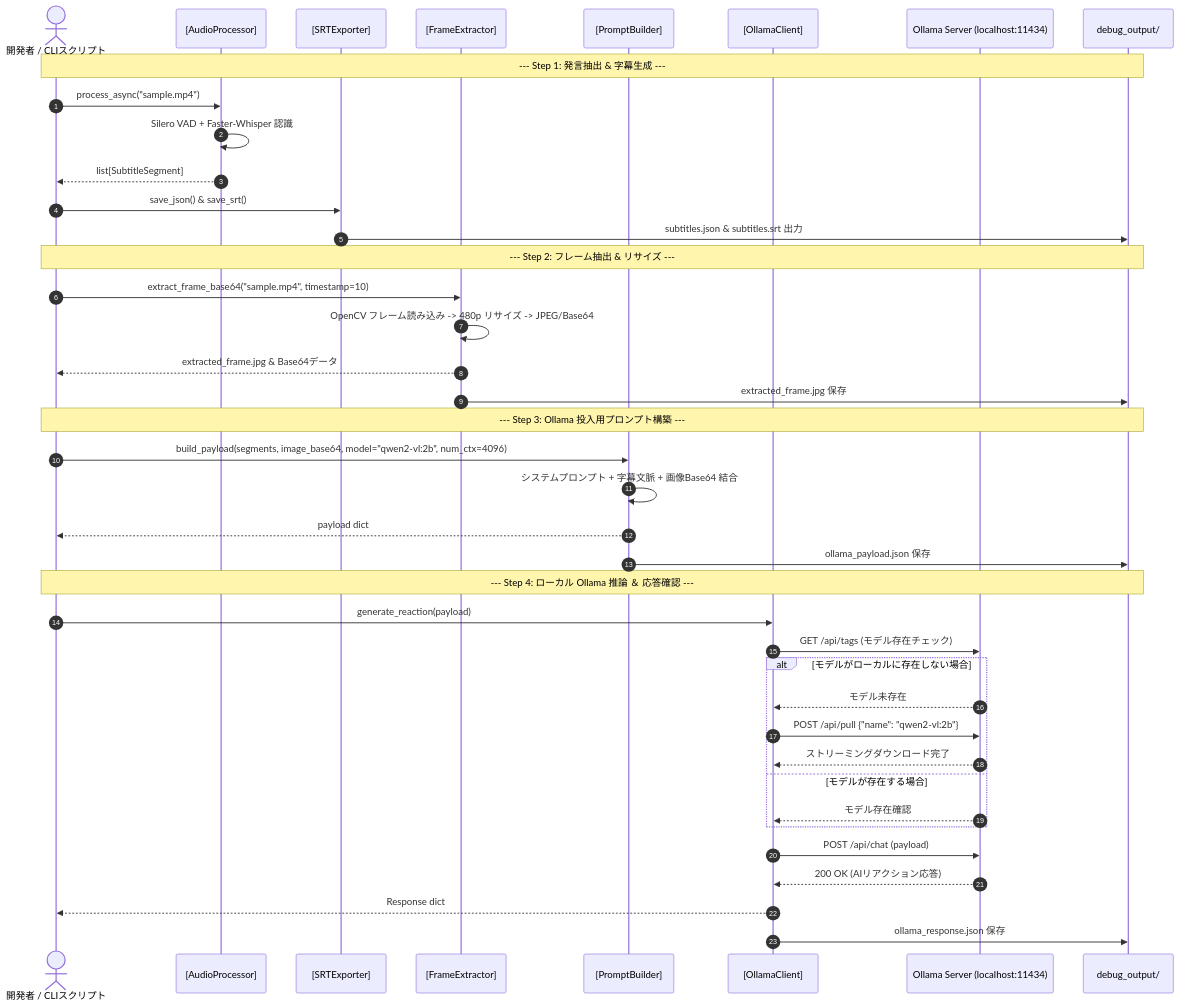
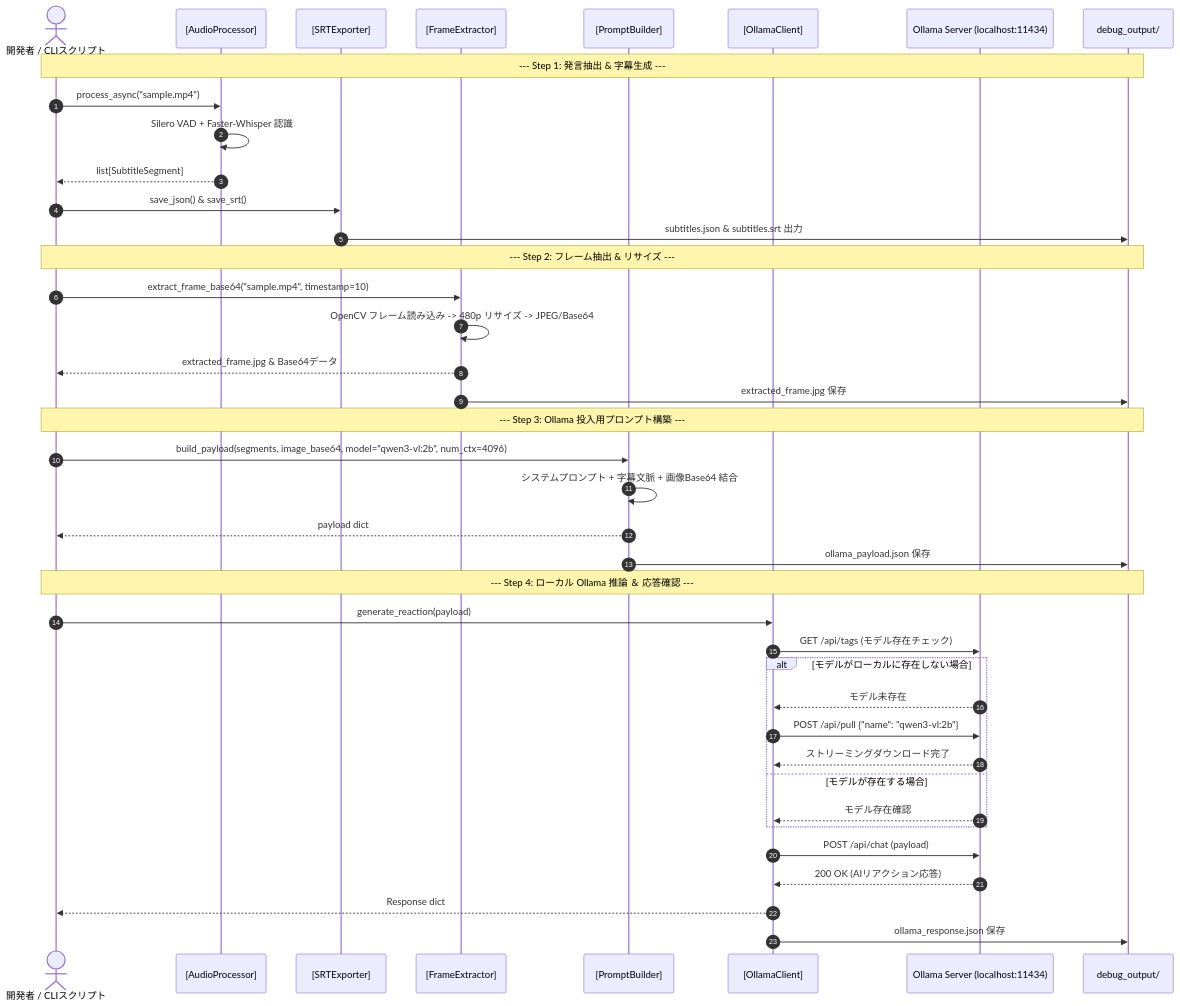
Before and after one commit to tk44fk40/lumi_companion: the second of 2 diagrams in docs/PHASE1_PLAN.md, drawn with Mermaid. The commit also changed other lines of this file and 1 other file, not shown here.

````diff
--- a/docs/PHASE1_PLAN.md
+++ b/docs/PHASE1_PLAN.md
@@ -68,46 +68,46 @@
 ```mermaid
 sequenceDiagram
     autonumber
     actor Dev as 開発者 / CLIスクリプト
     participant AP as [AudioProcessor]
     participant SE as [SRTExporter]
     participant FE as [FrameExtractor]
     participant PB as [PromptBuilder]
     participant OC as [OllamaClient]
     participant OS as Ollama Server (localhost:11434)
     participant Out as debug_output/
 
     Note over Dev, Out: --- Step 1: 発言抽出 & 字幕生成 ---
     Dev->>AP: process_async("sample.mp4")
     AP->>AP: Silero VAD + Faster-Whisper 認識
     AP-->>Dev: list[SubtitleSegment]
     Dev->>SE: save_json() & save_srt()
     SE->>Out: subtitles.json & subtitles.srt 出力
 
     Note over Dev, Out: --- Step 2: フレーム抽出 & リサイズ ---
     Dev->>FE: extract_frame_base64("sample.mp4", timestamp=10)
     FE->>FE: OpenCV フレーム読み込み -> 480p リサイズ -> JPEG/Base64
     FE-->>Dev: extracted_frame.jpg & Base64データ
     FE->>Out: extracted_frame.jpg 保存
 
     Note over Dev, Out: --- Step 3: Ollama 投入用プロンプト構築 ---
-    Dev->>PB: build_payload(segments, image_base64, model="qwen2-vl:2b", num_ctx=4096)
+    Dev->>PB: build_payload(segments, image_base64, model="qwen3-vl:2b", num_ctx=4096)
     PB->>PB: システムプロンプト + 字幕文脈 + 画像Base64 結合
     PB-->>Dev: payload dict
     PB->>Out: ollama_payload.json 保存
 
     Note over Dev, Out: --- Step 4: ローカル Ollama 推論 ＆ 応答確認 ---
     Dev->>OC: generate_reaction(payload)
     OC->>OS: GET /api/tags (モデル存在チェック)
     alt モデルがローカルに存在しない場合
         OS-->>OC: モデル未存在
-        OC->>OS: POST /api/pull {"name": "qwen2-vl:2b"}
+        OC->>OS: POST /api/pull {"name": "qwen3-vl:2b"}
         OS-->>OC: ストリーミングダウンロード完了
     else モデルが存在する場合
         OS-->>OC: モデル存在確認
     end
     OC->>OS: POST /api/chat (payload)
     OS-->>OC: 200 OK (AIリアクション応答)
     OC-->>Dev: Response dict
     OC->>Out: ollama_response.json 保存
 ```
````
